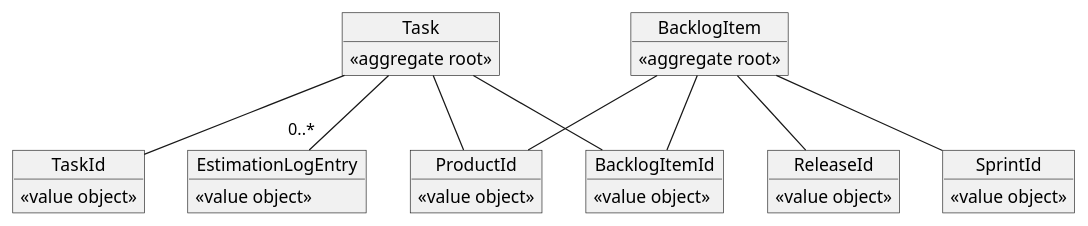
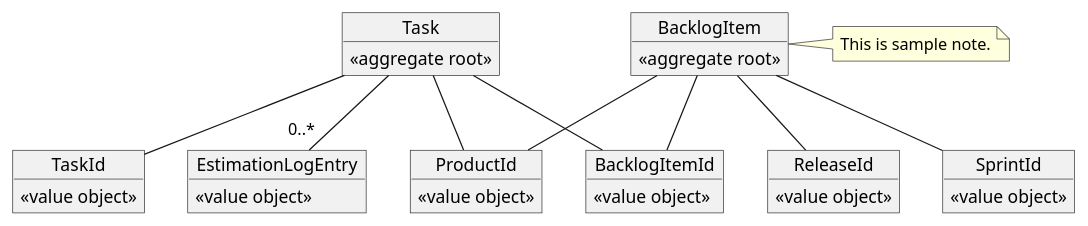
The diagram in sample/backlog-item.puml (abekoh/commit-plantuml-action), drawn with PlantUML before and after one commit.

Commit message:
add note

```diff
--- a/sample/backlog-item.puml
+++ b/sample/backlog-item.puml
@@ -1,37 +1,41 @@
 @startuml
 object BacklogItem {
   <<aggregate root>>
 }
 object ProductId {
   <<value object>>
 }
 object BacklogItemId {
   <<value object>>
 }
 object ReleaseId {
   <<value object>>
 }
 object SprintId {
   <<value object>>
 }
 
 object Task {
   <<aggregate root>>
 }
 object TaskId {
   <<value object>>
 }
 object EstimationLogEntry {
   <<value object>>
 }
 
 BacklogItem -- BacklogItemId
 BacklogItem -- ProductId
 BacklogItem -- ReleaseId
 BacklogItem -- SprintId
 
 Task -- TaskId
 Task -- ProductId
 Task -- BacklogItemId
 Task -- "0..*" EstimationLogEntry
+
+note right of BacklogItem {
+  This is sample note.
+}
 @enduml
```
